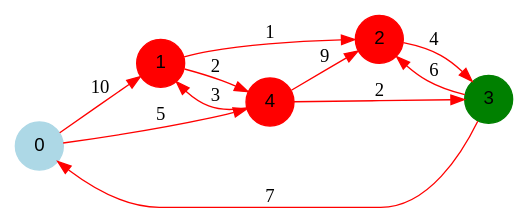
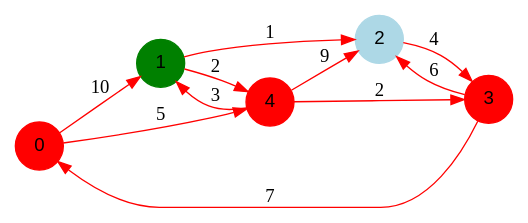
One commit to benech17/Shortest-Path changed the diagram in programme1/output/dotFiles/graph3/graph3_3.dot. Above: the diagram before and after it, drawn with Graphviz. The commit also changed 22 other files, not shown here.

```diff
--- a/programme1/output/dotFiles/graph3/graph3_3.dot
+++ b/programme1/output/dotFiles/graph3/graph3_3.dot
@@ -1,19 +1,19 @@
 digraph graphe {
 rankdir = LR;
 edge [color=red];
-0 [fontname="Arial", shape = circle, color=lightblue, style=filled];
-1 [fontname="Arial", shape = circle, color=red, style=filled];
-2 [fontname="Arial", shape = circle, color=red, style=filled];
-3 [fontname="Arial", shape = circle, color=green, style=filled];
+0 [fontname="Arial", shape = circle, color=red, style=filled];
+1 [fontname="Arial", shape = circle, color=green, style=filled];
+2 [fontname="Arial", shape = circle, color=lightblue, style=filled];
+3 [fontname="Arial", shape = circle, color=red, style=filled];
 4 [fontname="Arial", shape = circle, color=red, style=filled];
 	0 -> 1 [label = "10"];
 	0 -> 4 [label = "5"];
 	1 -> 2 [label = "1"];
 	1 -> 4 [label = "2"];
 	2 -> 3 [label = "4"];
 	3 -> 0 [label = "7"];
 	3 -> 2 [label = "6"];
 	4 -> 1 [label = "3"];
 	4 -> 2 [label = "9"];
 	4 -> 3 [label = "2"];
 }
```
